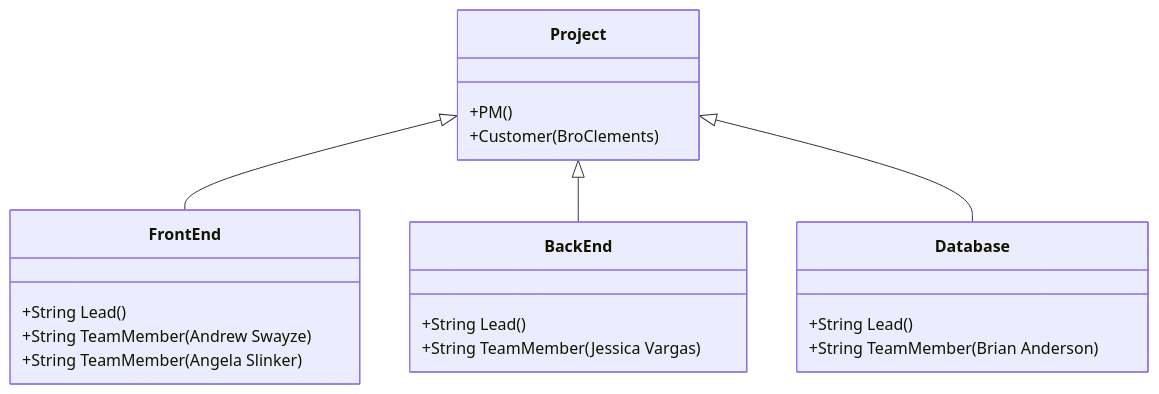
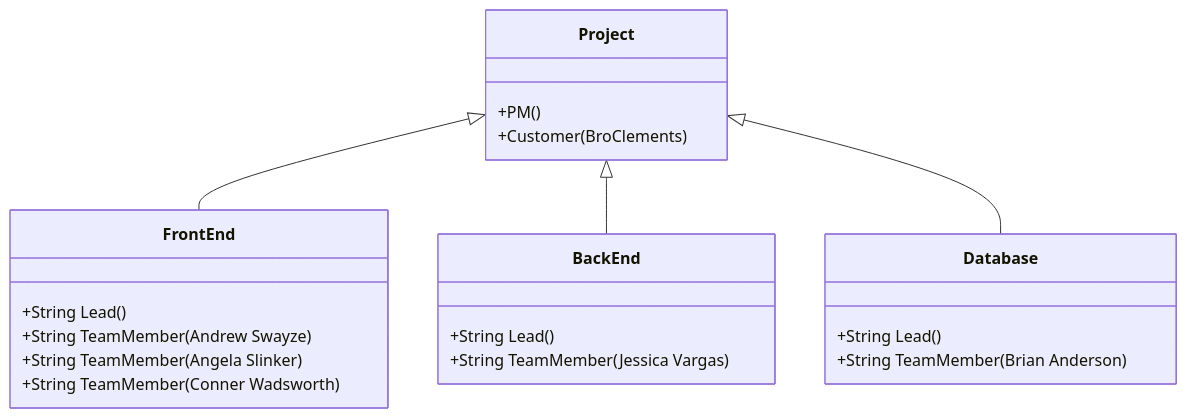
The second of 2 diagrams in ProjectManagement/OrganizationChart/OrganizationChart.md (byui-cse397/2024WinCSE490PCP), drawn with Mermaid before and after one commit.

Commit message:
Update OrganizationChart.md
added myself to frontend

````diff
--- a/ProjectManagement/OrganizationChart/OrganizationChart.md
+++ b/ProjectManagement/OrganizationChart/OrganizationChart.md
@@ -24,22 +24,23 @@
 ```mermaid
 classDiagram
       Project <|-- FrontEnd
       Project <|-- BackEnd
       Project <|-- Database
       Project : +PM()
       Project : +Customer(BroClements)
       class FrontEnd{
           +String Lead()
           +String TeamMember(Andrew Swayze)
           +String TeamMember(Angela Slinker)
+          +String TeamMember(Conner Wadsworth)
 
       }
       class BackEnd{
           +String Lead()
           +String TeamMember(Jessica Vargas)
       }
       class Database{
           +String Lead()
           +String TeamMember(Brian Anderson)
       }
 ```
````
